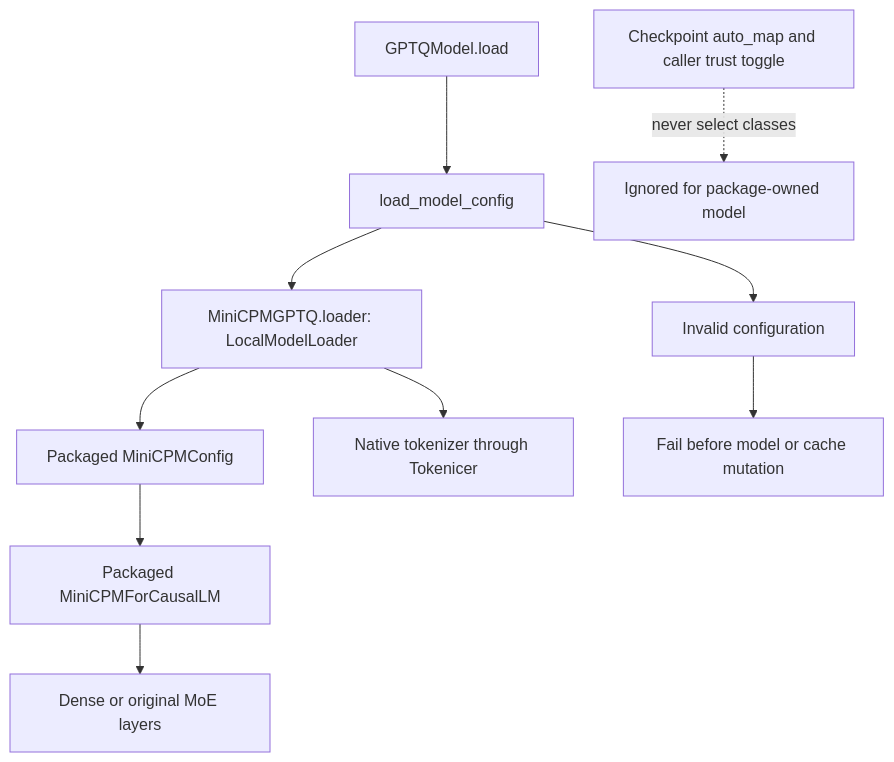
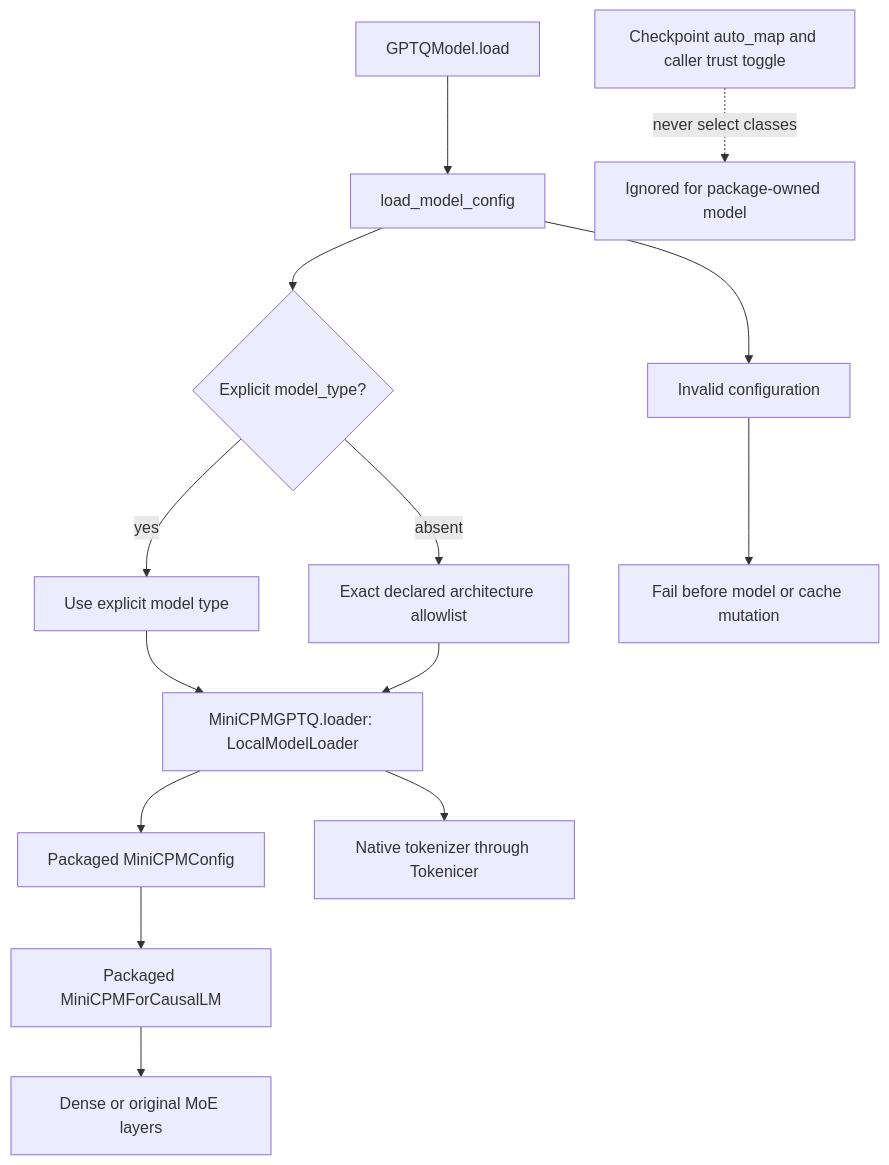
One commit to ModelCloud/GPTQModel changed the first of 2 diagrams in gptqmodel/models/ports/minicpm/README.md. Above: the diagram before and after it, drawn with Mermaid. The commit also changed other lines of this file and 2 other files, not shown here.

Commit message:
Qualify original MiniCPM legacy architecture and native tokenizer loading

````diff
--- a/gptqmodel/models/ports/minicpm/README.md
+++ b/gptqmodel/models/ports/minicpm/README.md
@@ -44,12 +44,16 @@
 ```mermaid
 flowchart TD
     A[GPTQModel.load] --> B[load_model_config]
-    B --> C[MiniCPMGPTQ.loader: LocalModelLoader]
+    B --> S{Explicit model_type?}
+    S -->|yes| T[Use explicit model type]
+    S -->|absent| U[Exact declared architecture allowlist]
+    T --> C[MiniCPMGPTQ.loader: LocalModelLoader]
+    U --> C
     C --> D[Packaged MiniCPMConfig]
     D --> E[Packaged MiniCPMForCausalLM]
     E --> F[Dense or original MoE layers]
     C --> G[Native tokenizer through Tokenicer]
     H[Checkpoint auto_map and caller trust toggle] -. never select classes .-> X[Ignored for package-owned model]
     B --> I[Invalid configuration]
     I --> J[Fail before model or cache mutation]
 ```
````
